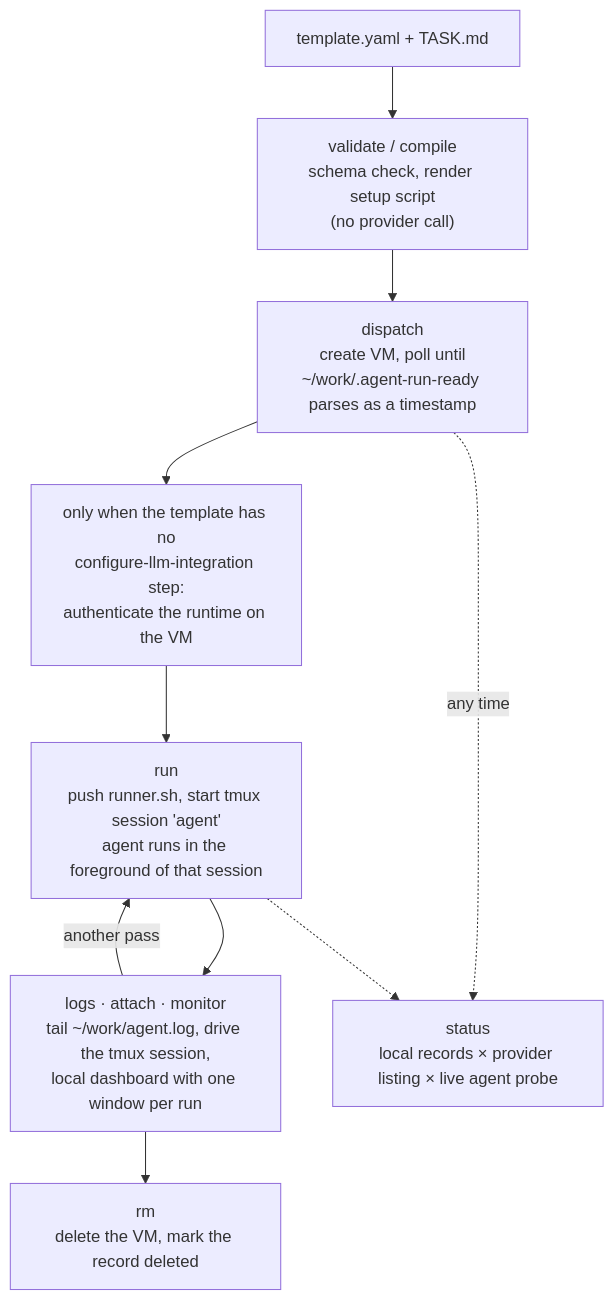
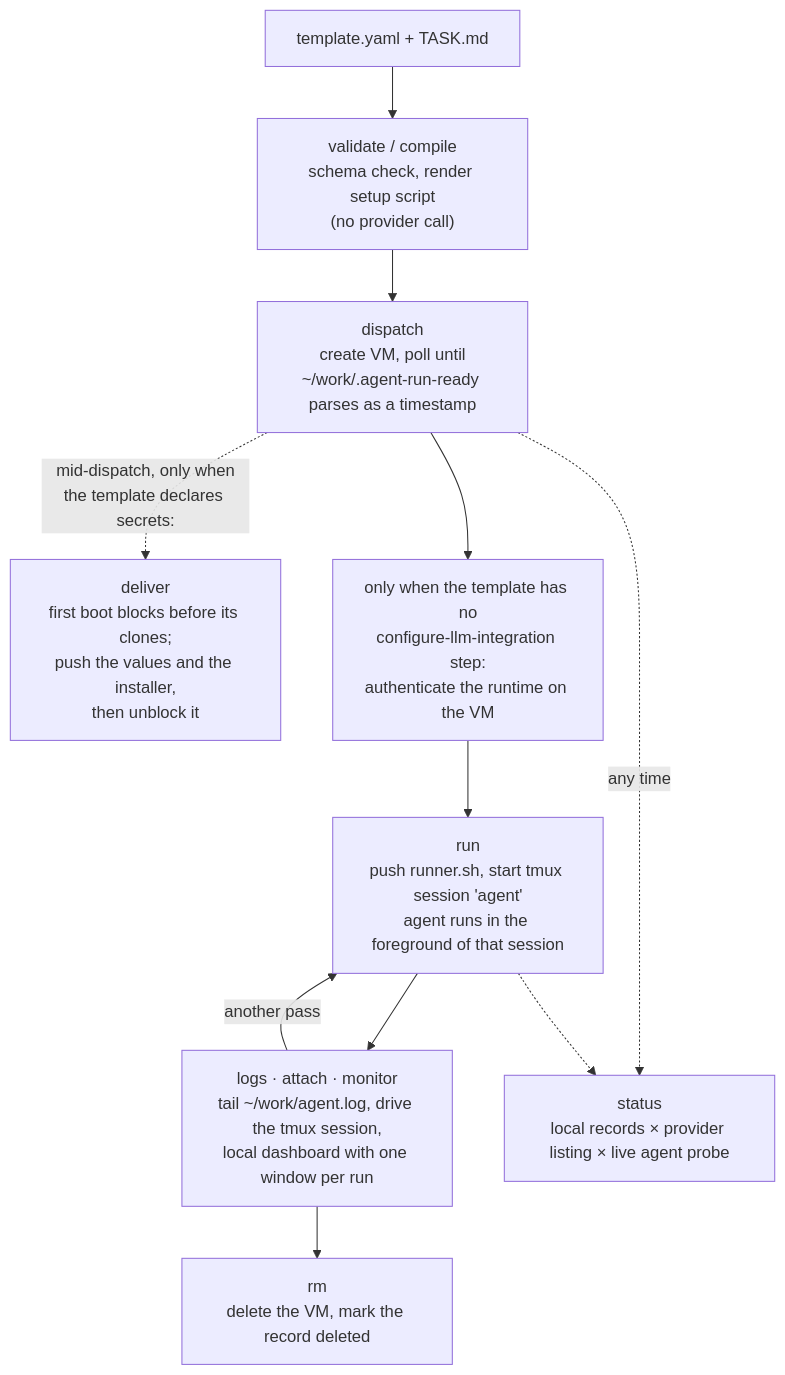
Before and after one commit to almeidabbm/dot-files: the first of 2 diagrams in agent-run/README.md, drawn with Mermaid. The commit also changed other lines of this file and 4 other files, not shown here.

````diff
--- a/agent-run/README.md
+++ b/agent-run/README.md
@@ -24,12 +24,13 @@
 ```mermaid
 flowchart TD
     tpl["template.yaml + TASK.md"] --> vc["validate / compile<br/>schema check, render setup script<br/>(no provider call)"]
     vc --> disp["dispatch<br/>create VM, poll until<br/>~/work/.agent-run-ready parses as a timestamp"]
+    disp -.->|"mid-dispatch, only when<br/>the template declares secrets:"| sec["deliver<br/>first boot blocks before its clones;<br/>push the values and the installer,<br/>then unblock it"]
     disp --> auth["only when the template has no<br/>configure-llm-integration step:<br/>authenticate the runtime on the VM"]
     auth --> run["run<br/>push runner.sh, start tmux session 'agent'<br/>agent runs in the foreground of that session"]
     run --> obs["logs · attach · monitor<br/>tail ~/work/agent.log, drive the tmux session,<br/>local dashboard with one window per run"]
     obs -->|"another pass"| run
     obs --> rm["rm<br/>delete the VM, mark the record deleted"]
     disp -.->|"any time"| st["status<br/>local records × provider listing × live agent probe"]
     run -.-> st
 ```
````
